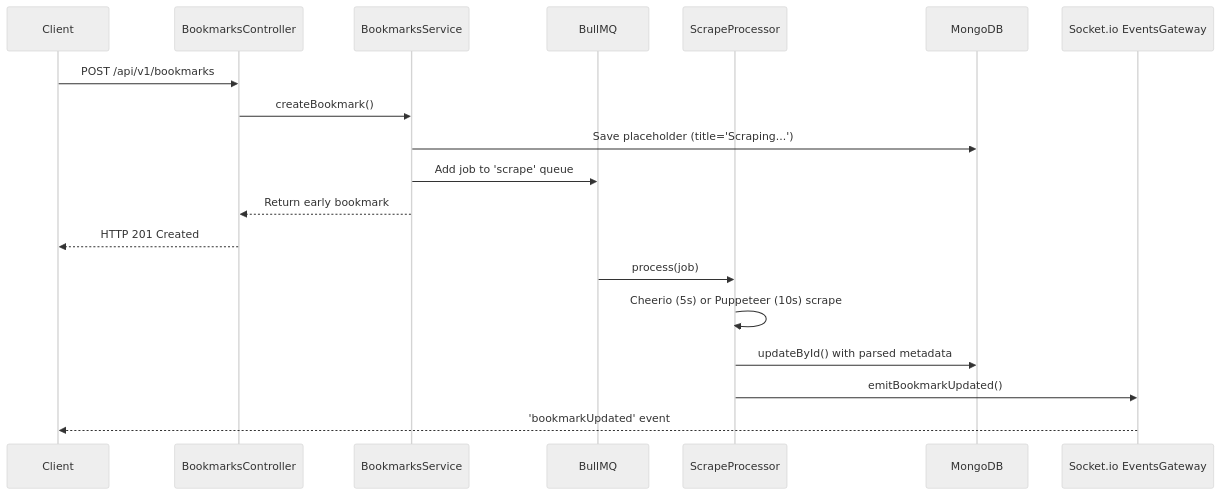
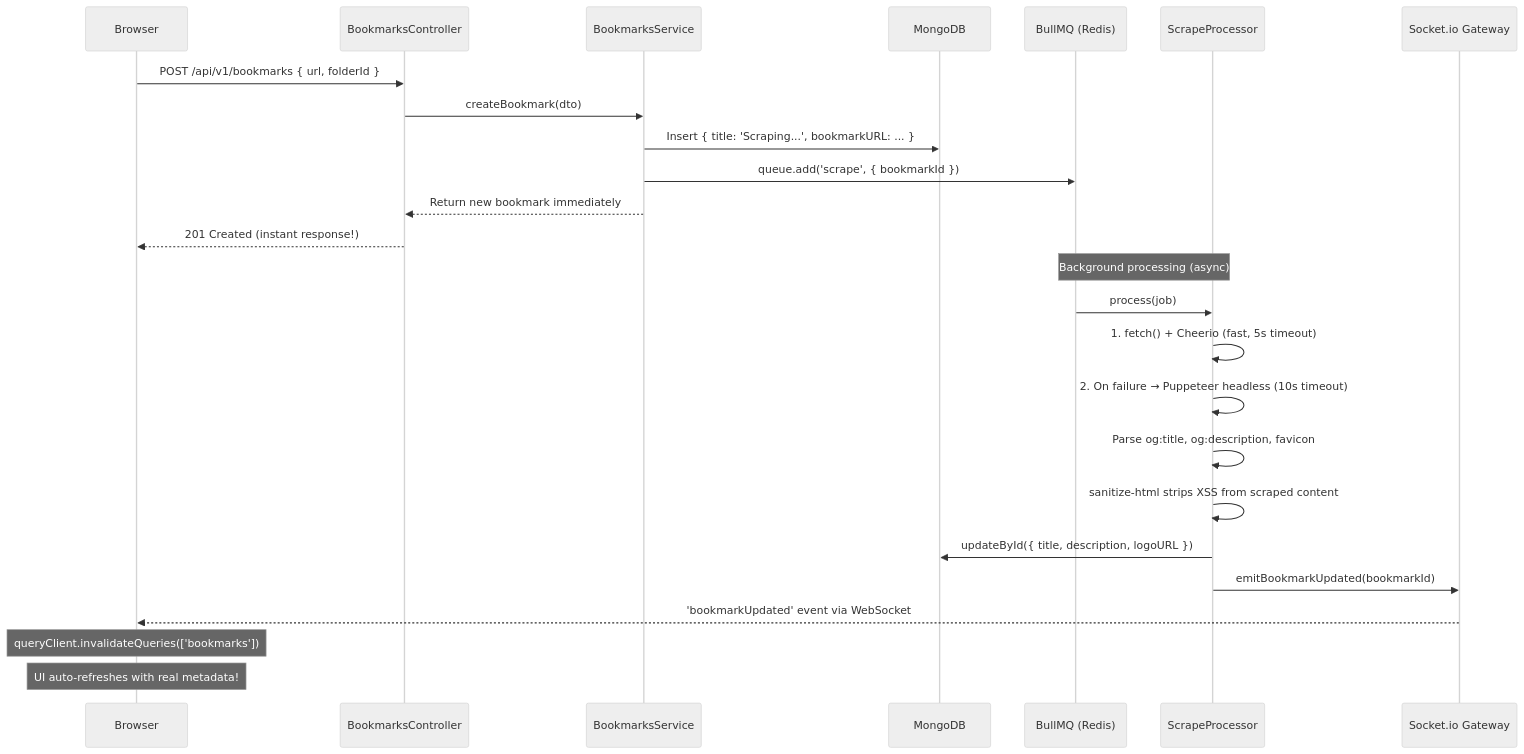
Before and after one commit to Vikramadtya/Bookmarker: the third of 4 diagrams in README.md, drawn with Mermaid (neutral theme). The commit also changed other lines of this file, not shown here.

Commit message:
docs: comprehensive onboarding README with architecture details

````diff
--- a/README.md
+++ b/README.md
@@ -127,23 +444,29 @@
 ```mermaid
 sequenceDiagram
-    participant Client
+    participant Browser
     participant API as BookmarksController
     participant Service as BookmarksService
-    participant MQ as BullMQ
+    participant DB as MongoDB
+    participant Queue as BullMQ (Redis)
     participant Worker as ScrapeProcessor
-    participant DB as MongoDB
-    participant WS as Socket.io EventsGateway
+    participant WS as Socket.io Gateway
 
-    Client->>API: POST /api/v1/bookmarks
-    API->>Service: createBookmark()
-    Service->>DB: Save placeholder (title='Scraping...')
-    Service->>MQ: Add job to 'scrape' queue
-    Service-->>API: Return early bookmark
-    API-->>Client: HTTP 201 Created
+    Browser->>API: POST /api/v1/bookmarks { url, folderId }
+    API->>Service: createBookmark(dto)
+    Service->>DB: Insert { title: 'Scraping...', bookmarkURL: ... }
+    Service->>Queue: queue.add('scrape', { bookmarkId })
+    Service-->>API: Return new bookmark immediately
+    API-->>Browser: 201 Created (instant response!)
 
-    MQ->>Worker: process(job)
-    Worker->>Worker: Cheerio (5s) or Puppeteer (10s) scrape
-    Worker->>DB: updateById() with parsed metadata
-    Worker->>WS: emitBookmarkUpdated()
-    WS-->>Client: 'bookmarkUpdated' event
+    Note over Queue,Worker: Background processing (async)
+    Queue->>Worker: process(job)
+    Worker->>Worker: 1. fetch() + Cheerio (fast, 5s timeout)
+    Worker->>Worker: 2. On failure → Puppeteer headless (10s timeout)
+    Worker->>Worker: Parse og:title, og:description, favicon
+    Worker->>Worker: sanitize-html strips XSS from scraped content
+    Worker->>DB: updateById({ title, description, logoURL })
+    Worker->>WS: emitBookmarkUpdated(bookmarkId)
+    WS-->>Browser: 'bookmarkUpdated' event via WebSocket
+    Note over Browser: queryClient.invalidateQueries(['bookmarks'])
+    Note over Browser: UI auto-refreshes with real metadata!
 ```
````
